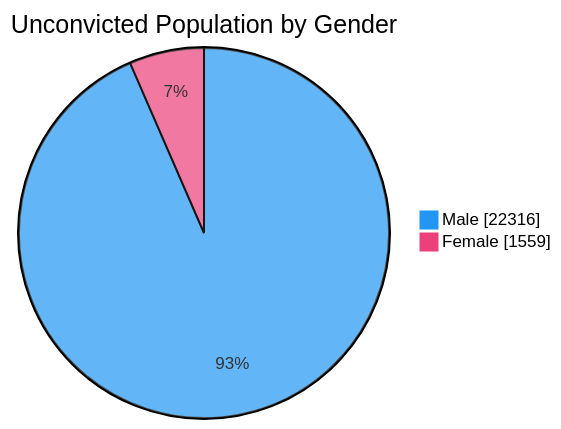
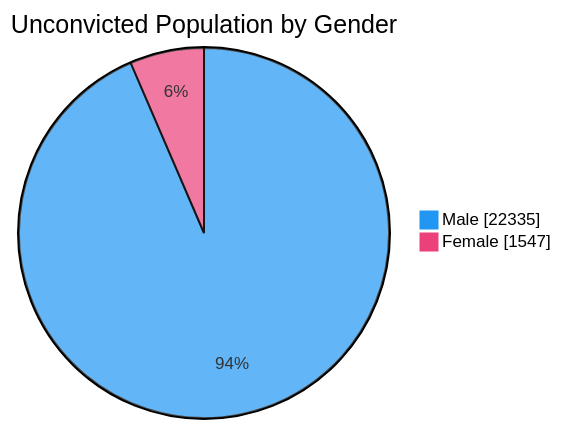
One commit to nuuuwan/lk_prisons changed the fourth of 7 diagrams in README.md. Above: the diagram before and after it, drawn with Mermaid. The commit also changed other lines of this file and 1 other file, not shown here.

````diff
--- a/README.md
+++ b/README.md
@@ -76,6 +76,6 @@
 ```mermaid
 %%{init: {'themeVariables': {'pie1': '#2196F3', 'pie2': '#EC407A'}}}%%
 pie showData title Unconvicted Population by Gender
-    "Male" : 22316
-    "Female" : 1559
+    "Male" : 22335
+    "Female" : 1547
 ```
````
